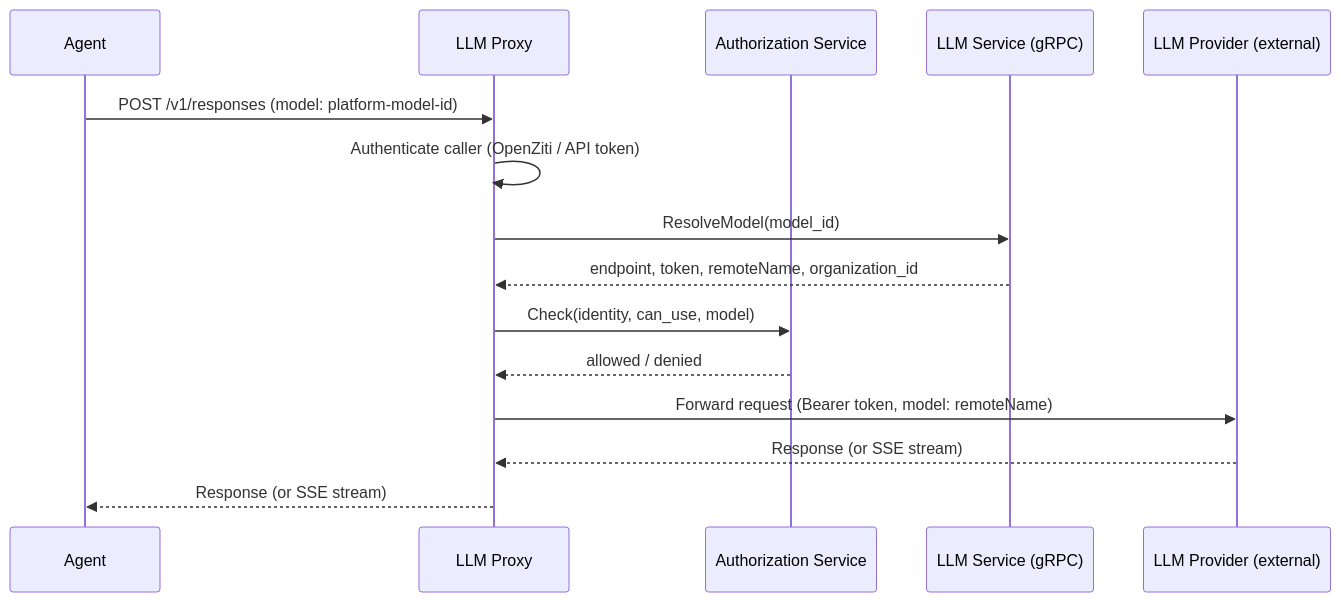
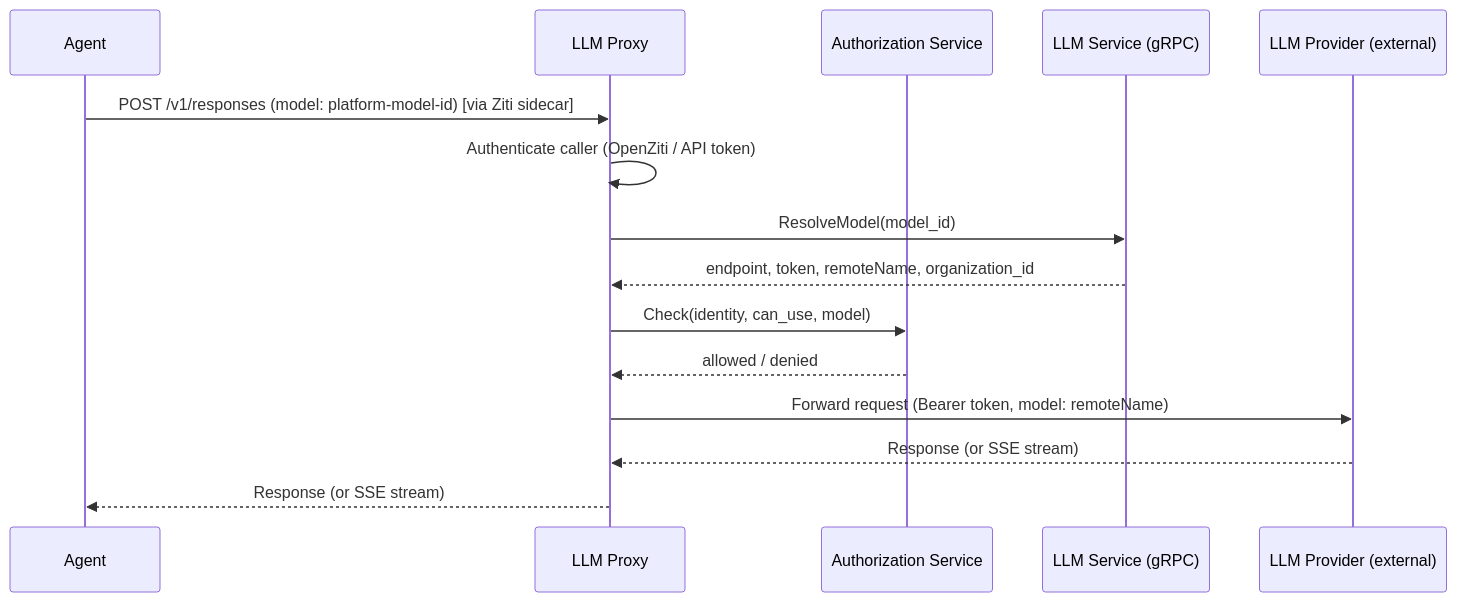
The diagram in architecture/llm-proxy.md (agynio/architecture), drawn with Mermaid before and after one commit. The commit also changed other lines of this file and 11 other files, not shown here.

Commit message:
fix: document ziti sidecar model

````diff
--- a/architecture/llm-proxy.md
+++ b/architecture/llm-proxy.md
@@ -56,18 +56,18 @@
 ```mermaid
 sequenceDiagram
     participant A as Agent
     participant P as LLM Proxy
     participant Auth as Authorization Service
     participant L as LLM Service (gRPC)
     participant E as LLM Provider (external)
 
-    A->>P: POST /v1/responses (model: platform-model-id)
+    A->>P: POST /v1/responses (model: platform-model-id) [via Ziti sidecar]
     P->>P: Authenticate caller (OpenZiti / API token)
     P->>L: ResolveModel(model_id)
     L-->>P: endpoint, token, remoteName, organization_id
     P->>Auth: Check(identity, can_use, model)
     Auth-->>P: allowed / denied
     P->>E: Forward request (Bearer token, model: remoteName)
     E-->>P: Response (or SSE stream)
     P-->>A: Response (or SSE stream)
 ```
````
